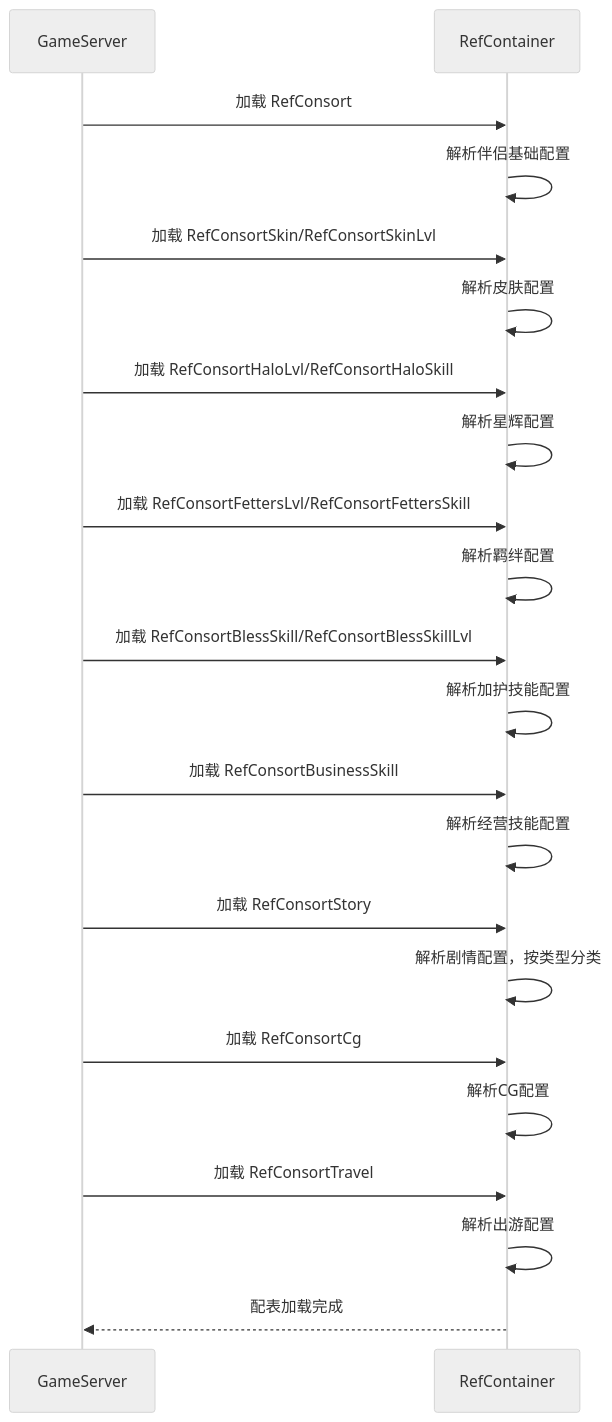
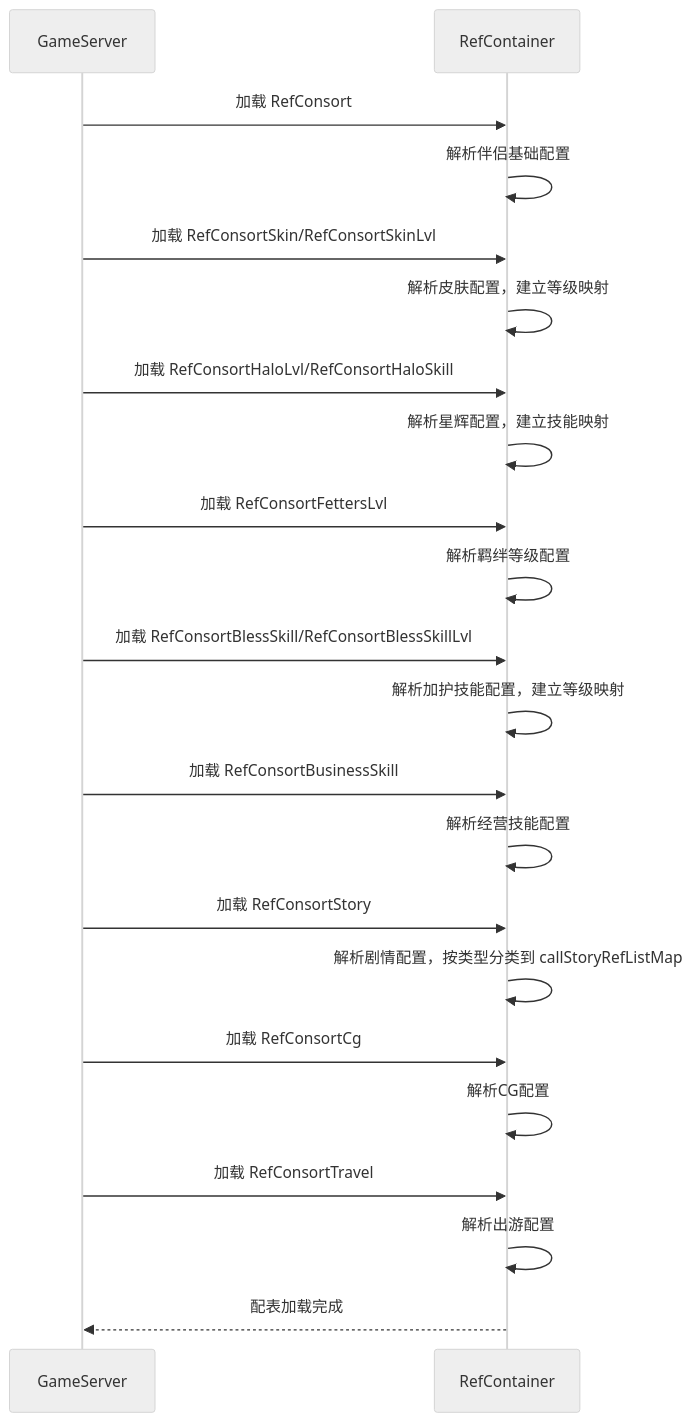
Before and after one commit to Alan-Ben/k2c_game_framework: the second of 2 diagrams in docs/Module_Consort/01_数据配表.md, drawn with Mermaid (neutral theme). The commit also changed other lines of this file and 5 other files, not shown here.

````diff
--- a/docs/Module_Consort/01_数据配表.md
+++ b/docs/Module_Consort/01_数据配表.md
@@ -369,34 +651,34 @@
 ```mermaid
 sequenceDiagram
     participant Server as GameServer
     participant Ref as RefContainer
 
     Server->>Ref: 加载 RefConsort
     Ref->>Ref: 解析伴侣基础配置
 
     Server->>Ref: 加载 RefConsortSkin/RefConsortSkinLvl
-    Ref->>Ref: 解析皮肤配置
+    Ref->>Ref: 解析皮肤配置，建立等级映射
 
     Server->>Ref: 加载 RefConsortHaloLvl/RefConsortHaloSkill
-    Ref->>Ref: 解析星辉配置
+    Ref->>Ref: 解析星辉配置，建立技能映射
 
-    Server->>Ref: 加载 RefConsortFettersLvl/RefConsortFettersSkill
-    Ref->>Ref: 解析羁绊配置
+    Server->>Ref: 加载 RefConsortFettersLvl
+    Ref->>Ref: 解析羁绊等级配置
 
     Server->>Ref: 加载 RefConsortBlessSkill/RefConsortBlessSkillLvl
-    Ref->>Ref: 解析加护技能配置
+    Ref->>Ref: 解析加护技能配置，建立等级映射
 
     Server->>Ref: 加载 RefConsortBusinessSkill
     Ref->>Ref: 解析经营技能配置
 
     Server->>Ref: 加载 RefConsortStory
-    Ref->>Ref: 解析剧情配置，按类型分类
+    Ref->>Ref: 解析剧情配置，按类型分类到 callStoryRefListMap
 
     Server->>Ref: 加载 RefConsortCg
     Ref->>Ref: 解析CG配置
 
     Server->>Ref: 加载 RefConsortTravel
     Ref->>Ref: 解析出游配置
 
     Ref-->>Server: 配表加载完成
 ```
````
